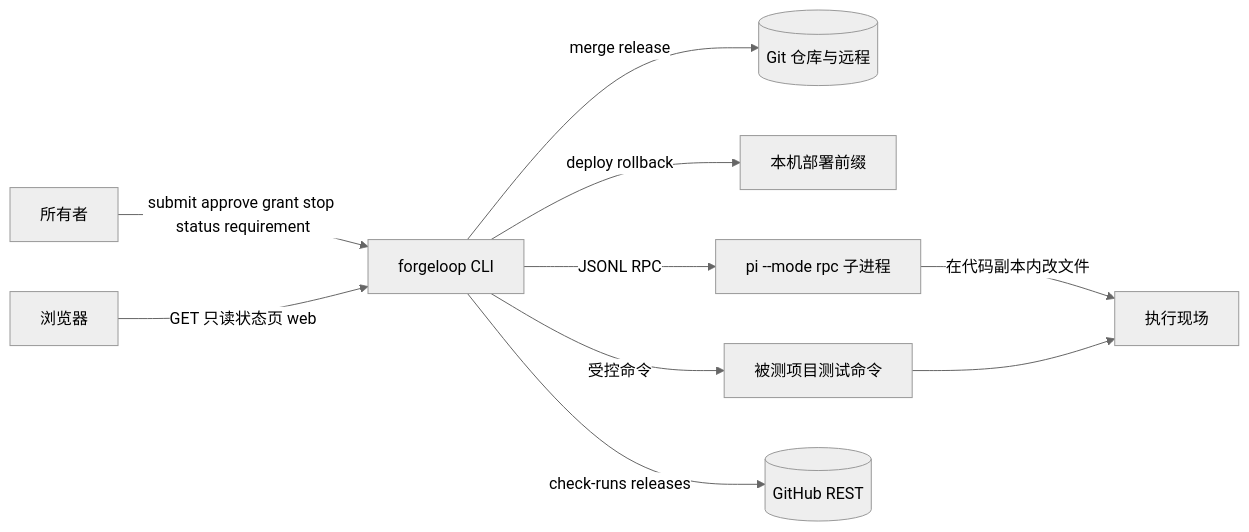
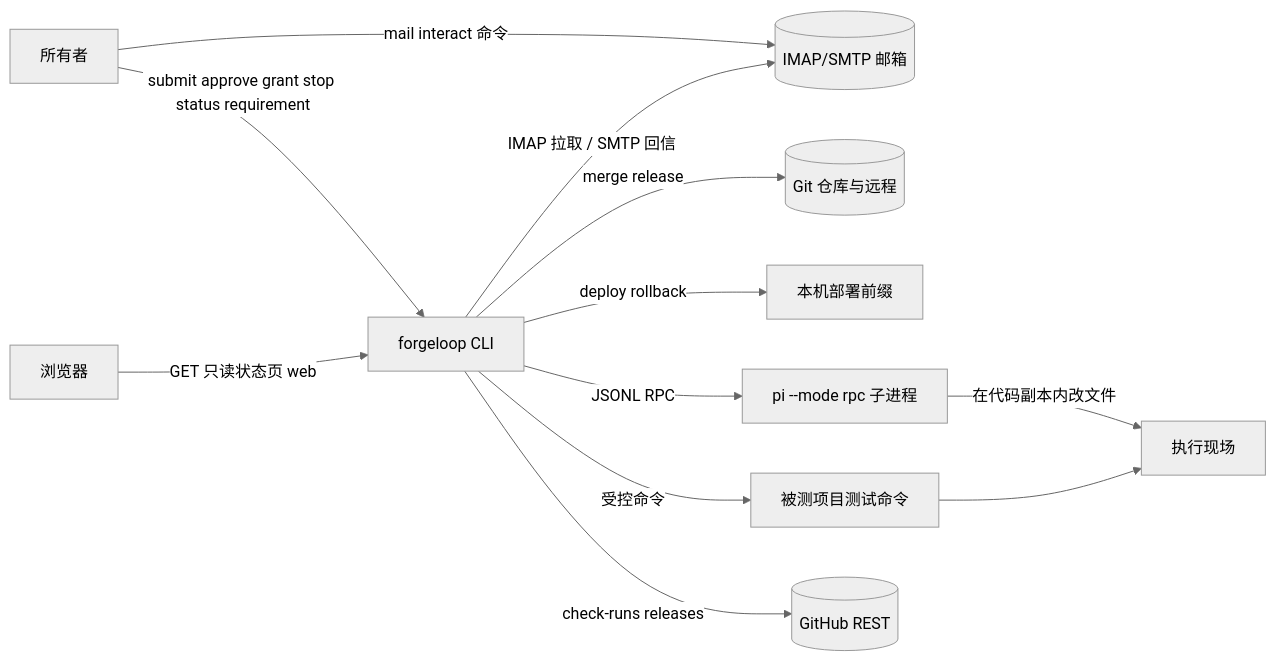
The first of 9 diagrams in docs/architecture.md (Lijiajin95/ForgeLoop), drawn with Mermaid (neutral theme) before and after one commit. The commit also changed other lines of this file and 74 other files, not shown here.

````diff
--- a/docs/architecture.md
+++ b/docs/architecture.md
@@ -20,12 +20,14 @@
 ```mermaid
 flowchart LR
   Owner[所有者] -->|submit approve grant stop status requirement| CLI[forgeloop CLI]
+  Owner -->|mail interact 命令| Mailbox[(IMAP/SMTP 邮箱)]
   Browser[浏览器] -->|GET 只读状态页 web| CLI
+  CLI -->|IMAP 拉取 / SMTP 回信| Mailbox
   CLI -->|merge release| Git[(Git 仓库与远程)]
   CLI -->|deploy rollback| Prefix[本机部署前缀]
   CLI -->|JSONL RPC| PI[pi --mode rpc 子进程]
   CLI -->|受控命令| Project[被测项目测试命令]
   CLI -->|check-runs releases| GitHub[(GitHub REST)]
   PI -->|在代码副本内改文件| WS[执行现场]
   Project --> WS
 ```
````
